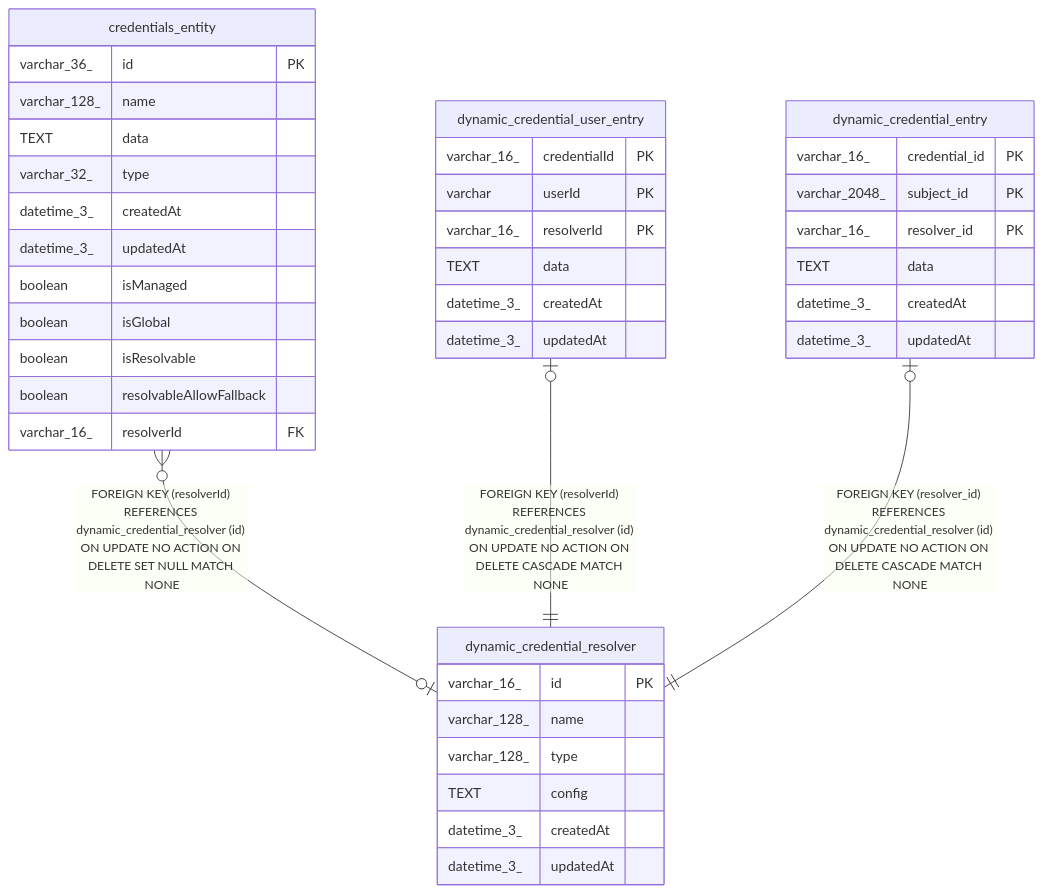
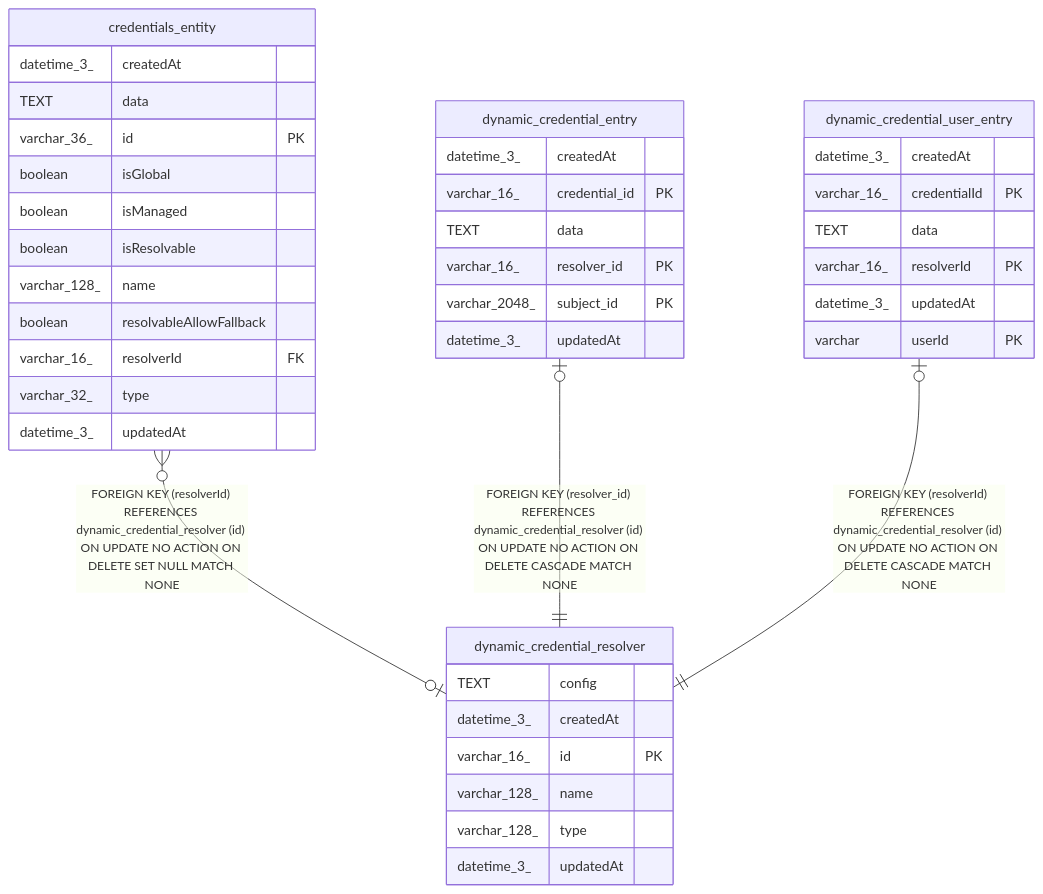
The diagram in docs/generated/sqlite-schema/dynamic_credential_resolver.md (mayankjain1815-commits/n8n), drawn with Mermaid before and after one commit. The commit also changed other lines of this file and 221 other files, not shown here.

Commit message:
chore(core): Make DB schema docs generation deterministic (#32373)

````diff
--- a/docs/generated/sqlite-schema/dynamic_credential_resolver.md
+++ b/docs/generated/sqlite-schema/dynamic_credential_resolver.md
@@ -41,45 +41,45 @@
 ```mermaid
 erDiagram
 
 "credentials_entity" }o--o| "dynamic_credential_resolver" : "FOREIGN KEY (resolverId) REFERENCES dynamic_credential_resolver (id) ON UPDATE NO ACTION ON DELETE SET NULL MATCH NONE"
+"dynamic_credential_entry" |o--|| "dynamic_credential_resolver" : "FOREIGN KEY (resolver_id) REFERENCES dynamic_credential_resolver (id) ON UPDATE NO ACTION ON DELETE CASCADE MATCH NONE"
 "dynamic_credential_user_entry" |o--|| "dynamic_credential_resolver" : "FOREIGN KEY (resolverId) REFERENCES dynamic_credential_resolver (id) ON UPDATE NO ACTION ON DELETE CASCADE MATCH NONE"
-"dynamic_credential_entry" |o--|| "dynamic_credential_resolver" : "FOREIGN KEY (resolver_id) REFERENCES dynamic_credential_resolver (id) ON UPDATE NO ACTION ON DELETE CASCADE MATCH NONE"
 
 "dynamic_credential_resolver" {
+  TEXT config
+  datetime_3_ createdAt
   varchar_16_ id PK
   varchar_128_ name
   varchar_128_ type
-  TEXT config
-  datetime_3_ createdAt
   datetime_3_ updatedAt
 }
 "credentials_entity" {
+  datetime_3_ createdAt
+  TEXT data
   varchar_36_ id PK
+  boolean isGlobal
+  boolean isManaged
+  boolean isResolvable
   varchar_128_ name
-  TEXT data
-  varchar_32_ type
-  datetime_3_ createdAt
-  datetime_3_ updatedAt
-  boolean isManaged
-  boolean isGlobal
-  boolean isResolvable
   boolean resolvableAllowFallback
   varchar_16_ resolverId FK
-}
-"dynamic_credential_user_entry" {
-  varchar_16_ credentialId PK
-  varchar userId PK
-  varchar_16_ resolverId PK
-  TEXT data
-  datetime_3_ createdAt
+  varchar_32_ type
   datetime_3_ updatedAt
 }
 "dynamic_credential_entry" {
+  datetime_3_ createdAt
   varchar_16_ credential_id PK
+  TEXT data
+  varchar_16_ resolver_id PK
   varchar_2048_ subject_id PK
-  varchar_16_ resolver_id PK
-  TEXT data
-  datetime_3_ createdAt
   datetime_3_ updatedAt
 }
+"dynamic_credential_user_entry" {
+  datetime_3_ createdAt
+  varchar_16_ credentialId PK
+  TEXT data
+  varchar_16_ resolverId PK
+  datetime_3_ updatedAt
+  varchar userId PK
+}
 ```
````
